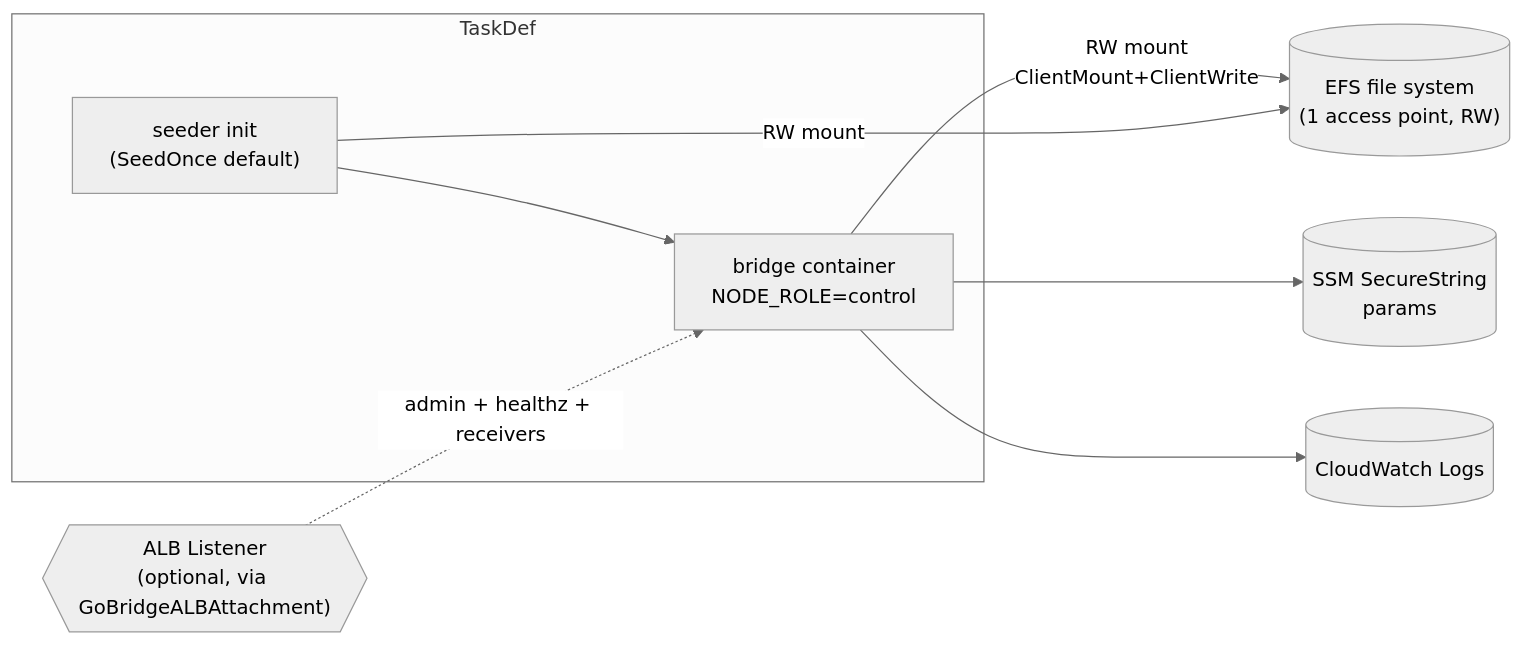
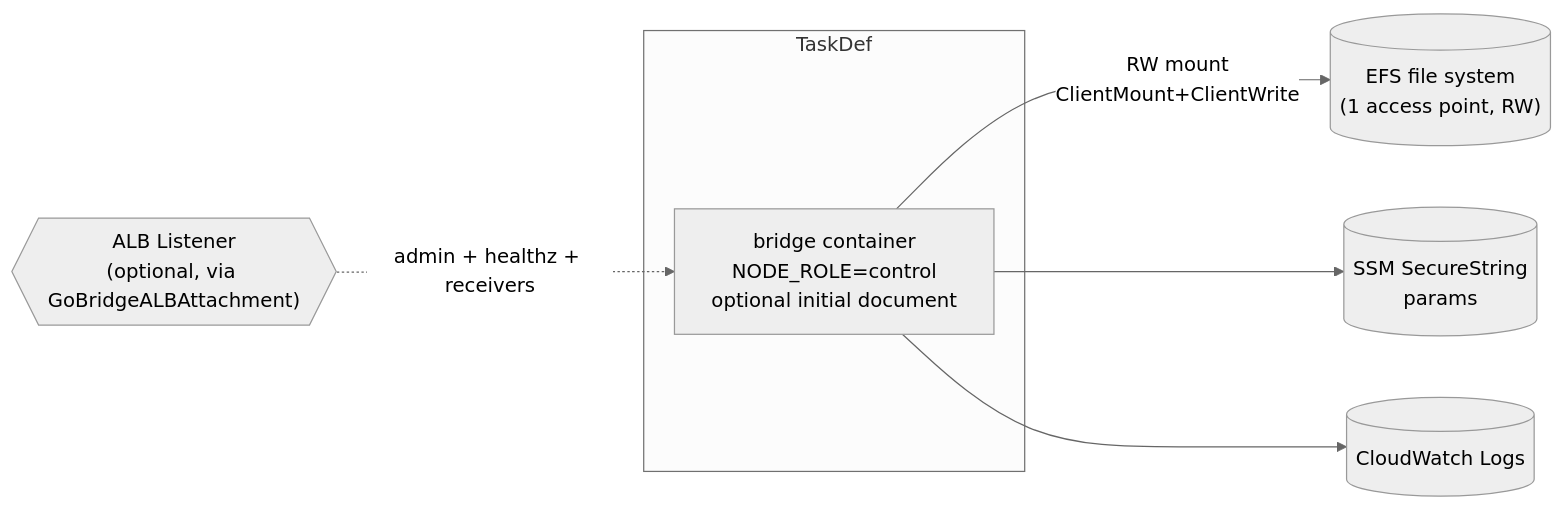
Before and after one commit to mariotoffia/gobridge: the third of 4 diagrams in deployment/aws-filebased-config/ARCHITECTURE.md, drawn with Mermaid (neutral theme). The commit also changed other lines of this file and 48 other files, not shown here.

````diff
--- a/deployment/aws-filebased-config/ARCHITECTURE.md
+++ b/deployment/aws-filebased-config/ARCHITECTURE.md
@@ -188,16 +209,15 @@
 ```mermaid
 flowchart LR
     subgraph TaskDef
-      SEED["seeder init<br/>(SeedOnce default)"] --> CTRL["bridge container<br/>NODE_ROLE=control"]
+      CTRL["bridge container<br/>NODE_ROLE=control<br/>optional initial document"]
     end
     EFS[("EFS file system<br/>(1 access point, RW)")]
     SSM[("SSM SecureString<br/>params")]
     LOG[("CloudWatch Logs")]
     ALB{{"ALB Listener<br/>(optional, via GoBridgeALBAttachment)"}}
 
     CTRL -- "RW mount<br/>ClientMount+ClientWrite" --> EFS
-    SEED -- "RW mount" --> EFS
     CTRL --> SSM
     CTRL --> LOG
     ALB -. admin + healthz + receivers .-> CTRL
 ```
````
